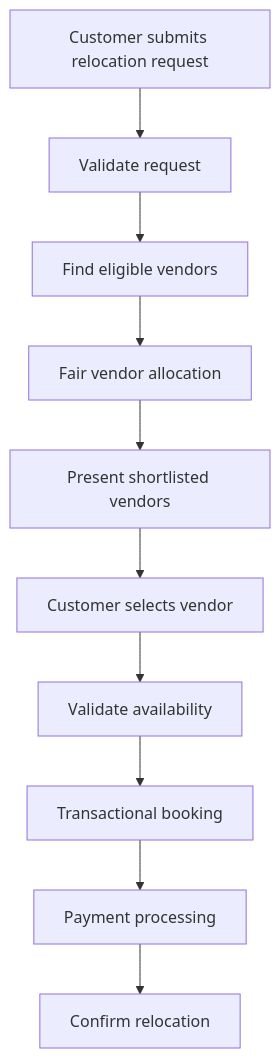
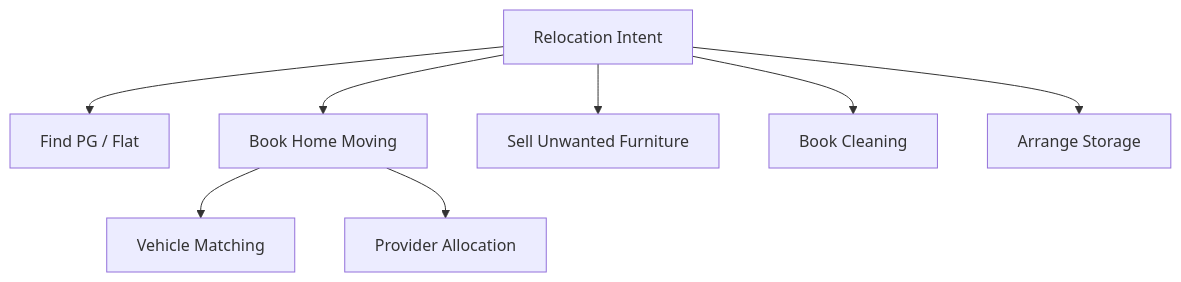
One commit to 4mulaMind-Org/4mulashift changed the second of 2 diagrams in README.md. Above: the diagram before and after it, drawn with Mermaid. The commit also changed other lines of this file, not shown here.

````diff
--- a/README.md
+++ b/README.md
@@ -68,12 +349,10 @@
 ```mermaid
 flowchart TD
-    A[Customer submits relocation request] --> B[Validate request]
-    B --> C[Find eligible vendors]
-    C --> D[Fair vendor allocation]
-    D --> E[Present shortlisted vendors]
-    E --> F[Customer selects vendor]
-    F --> G[Validate availability]
-    G --> H[Transactional booking]
-    H --> I[Payment processing]
-    I --> J[Confirm relocation]
+    A[Relocation Intent] --> B[Find PG / Flat]
+    A --> C[Book Home Moving]
+    A --> D[Sell Unwanted Furniture]
+    A --> E[Book Cleaning]
+    A --> F[Arrange Storage]
+    C --> G[Vehicle Matching]
+    C --> H[Provider Allocation]
 ```
````
